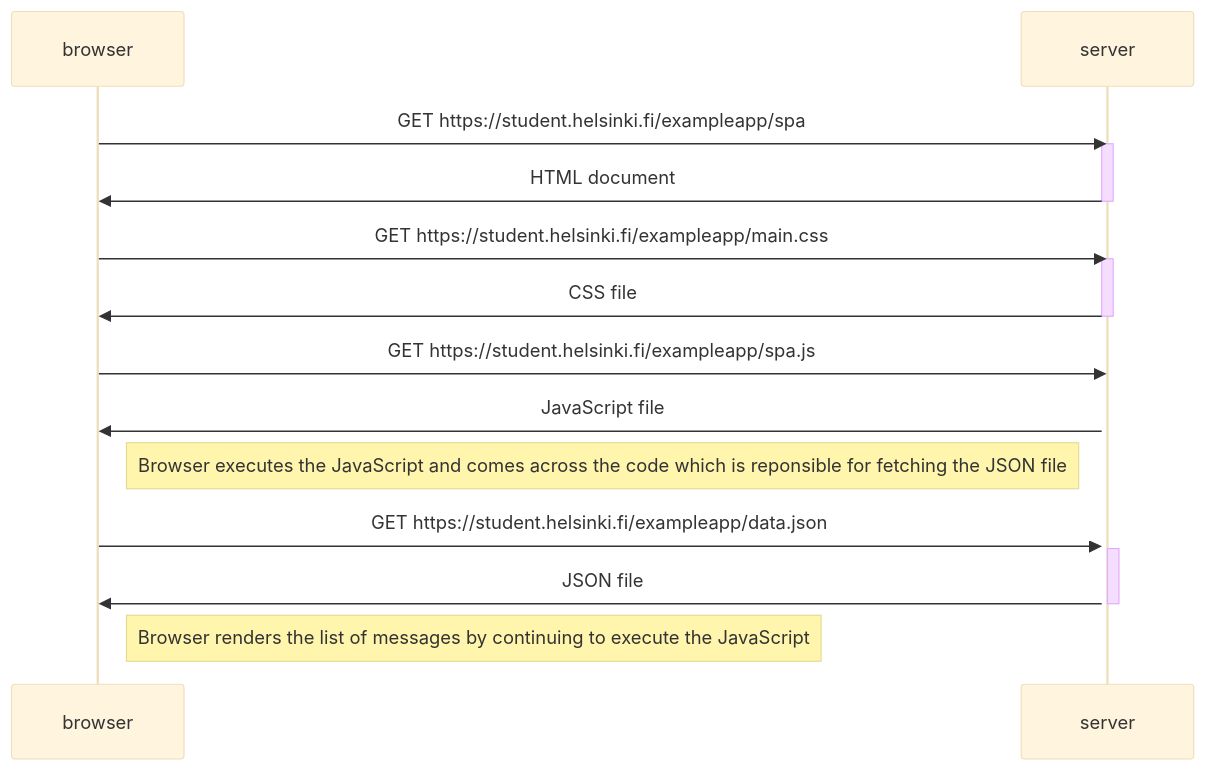
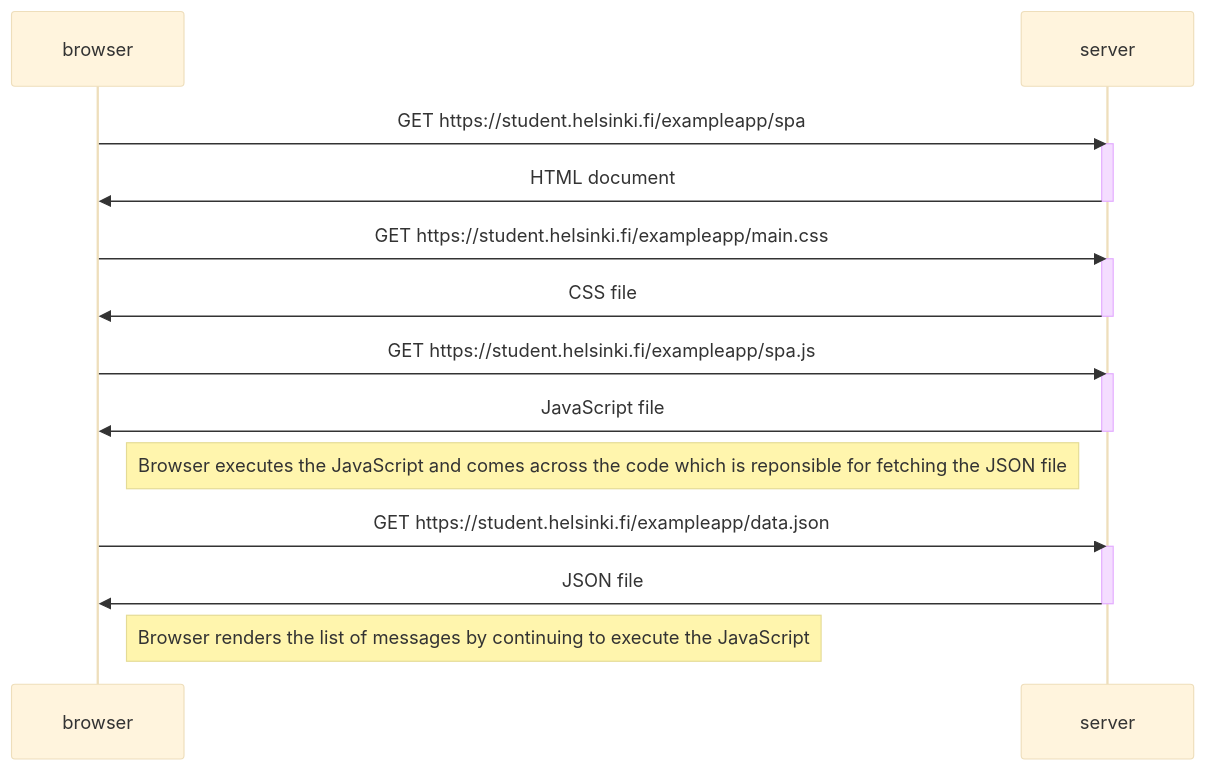
One commit to Vikram-Hegde/FullstackOpen changed the diagram in part0/0.5.md. Above: the diagram before and after it, drawn with Mermaid (base theme).

Commit message:
minor fix

````diff
--- a/part0/0.5.md
+++ b/part0/0.5.md
@@ -1,30 +1,31 @@
 ```mermaid
 
 sequenceDiagram
 	participant browser
 	participant server
 
 	browser->>server: GET https://student.helsinki.fi/exampleapp/spa
 	activate server
 	server->>browser: HTML document
 	deactivate server
 
 	browser->>server: GET https://student.helsinki.fi/exampleapp/main.css
 	activate server
 	server->>browser: CSS file
 	deactivate server
 
 	browser->>server: GET https://student.helsinki.fi/exampleapp/spa.js
 	activate server
 	server->>browser: JavaScript file
+	deactivate server
 
 	Note right of browser: Browser executes the JavaScript and comes across the code which is reponsible for fetching the JSON file
 
 	browser->>server: GET https://student.helsinki.fi/exampleapp/data.json
 	activate server
 	server->>browser: JSON file
 	deactivate server
 
 	Note right of browser: Browser renders the list of messages by continuing to execute the JavaScript
 	
 ```
````
